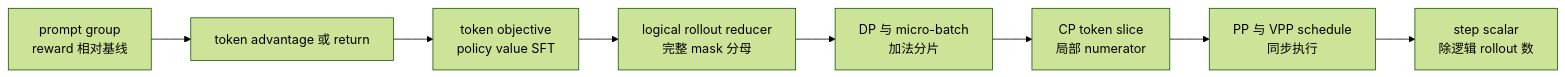
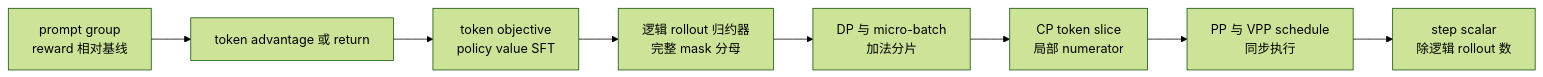
Before and after one commit to suhaibo666/llm-knowledge: the diagram in wiki/02_engineering/04_posttrain_frameworks/slime/15_slime_loss_parallelism_analysis.md, drawn with Mermaid (forest theme). The commit also changed other lines of this file and 21 other files, not shown here.

````diff
--- a/wiki/02_engineering/04_posttrain_frameworks/slime/15_slime_loss_parallelism_analysis.md
+++ b/wiki/02_engineering/04_posttrain_frameworks/slime/15_slime_loss_parallelism_analysis.md
@@ -22,10 +22,10 @@
 ```mermaid
 flowchart LR
     PG["prompt group<br/>reward 相对基线"] --> ADV["token advantage 或 return"]
     ADV --> OBJ["token objective<br/>policy value SFT"]
-    OBJ --> RID["logical rollout reducer<br/>完整 mask 分母"]
+    OBJ --> RID["逻辑 rollout 归约器<br/>完整 mask 分母"]
     RID --> DP["DP 与 micro-batch<br/>加法分片"]
     DP --> CP["CP token slice<br/>局部 numerator"]
     CP --> PP["PP 与 VPP schedule<br/>同步执行"]
     PP --> STEP["step scalar<br/>除逻辑 rollout 数"]
 ```
````
